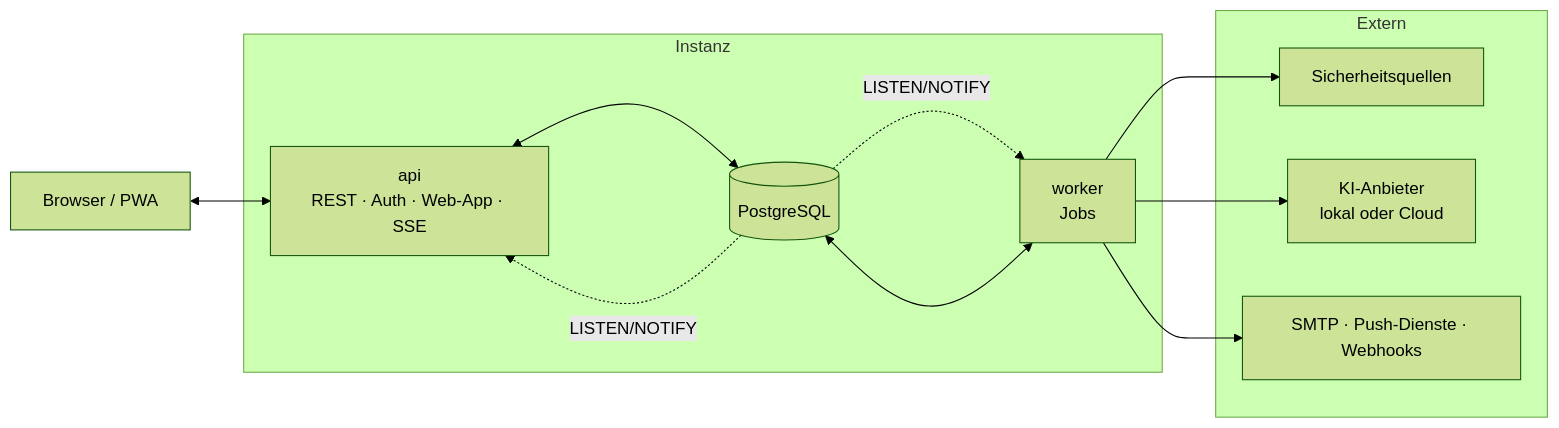
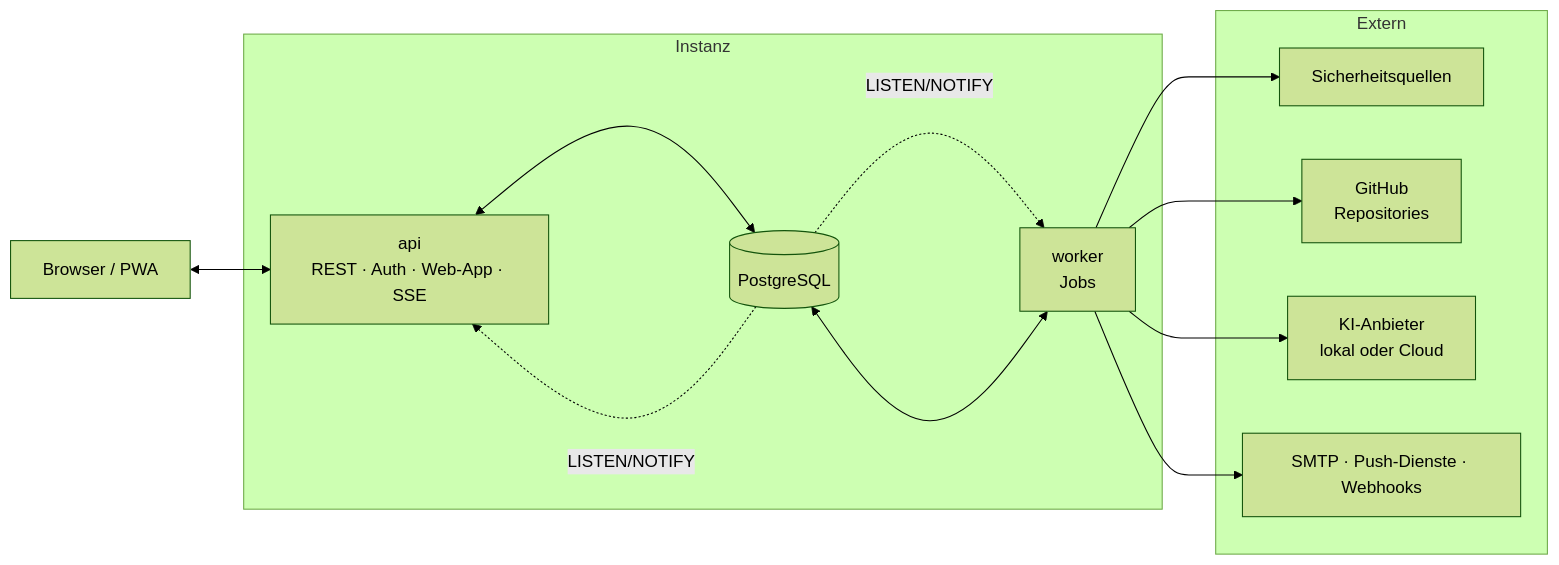
Before and after one commit to NicoM77/Ardea: the first of 3 diagrams in docs/masterplan/03-architektur.md, drawn with Mermaid (forest theme). The commit also changed other lines of this file and 17 other files, not shown here.

Commit message:
Add profile import from GitHub repositories to the MVP

````diff
--- a/docs/masterplan/03-architektur.md
+++ b/docs/masterplan/03-architektur.md
@@ -15,24 +15,26 @@
 ```mermaid
 flowchart LR
   subgraph Extern
     Q[Sicherheitsquellen]
+    GH[GitHub<br/>Repositories]
     KI[KI-Anbieter<br/>lokal oder Cloud]
     K[SMTP · Push-Dienste · Webhooks]
   end
   B[Browser / PWA]
 
   subgraph Instanz
     API[api<br/>REST · Auth · Web-App · SSE]
     W[worker<br/>Jobs]
     DB[(PostgreSQL)]
   end
 
   B <--> API
   API <--> DB
   W <--> DB
   W --> Q
+  W --> GH
   W --> KI
   W --> K
   DB -. LISTEN/NOTIFY .-> API
   DB -. LISTEN/NOTIFY .-> W
 ```
````
